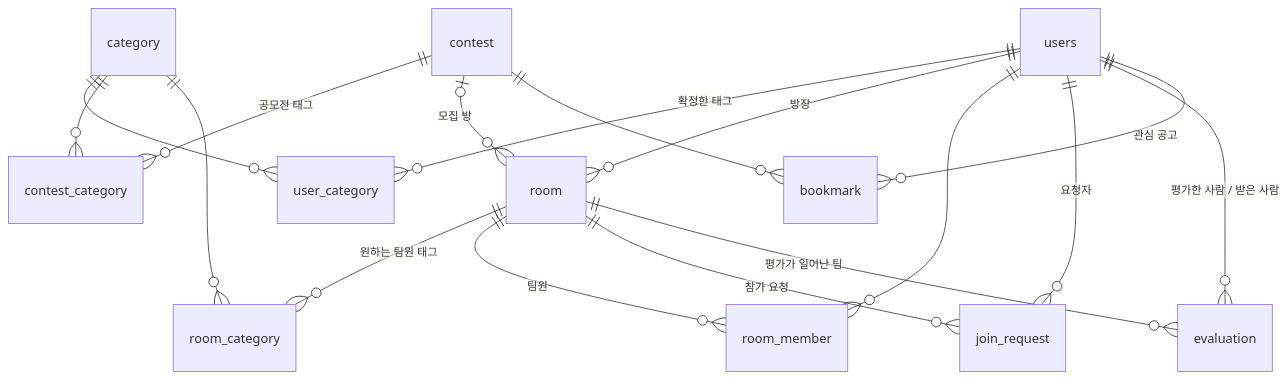
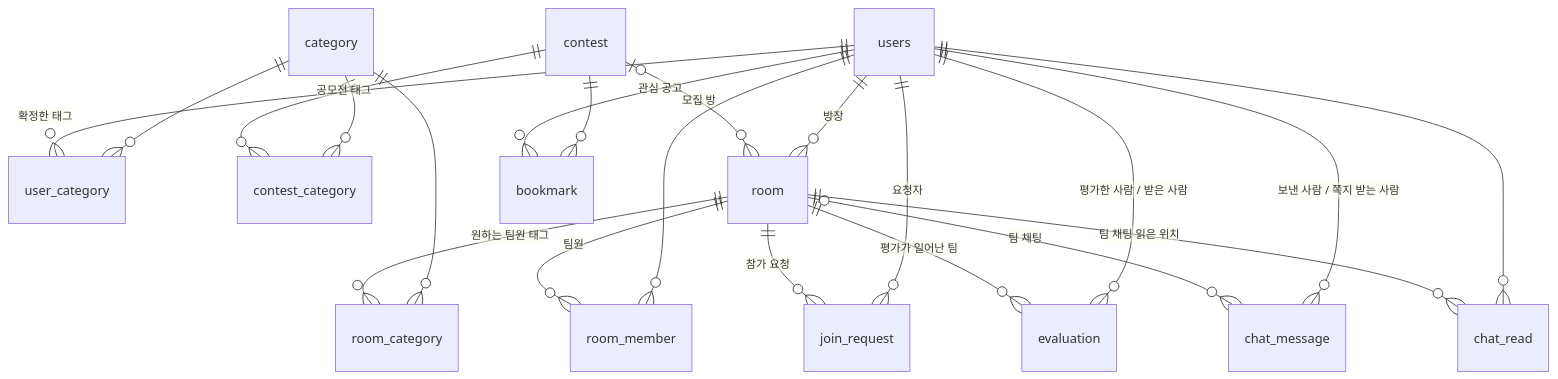
The diagram in docs/db-spec.md (Dohoon306/ET-gongmo), drawn with Mermaid before and after one commit. The commit also changed other lines of this file and 1 other file, not shown here.

First line of the commit message:
Document team chat and direct messages (C-8, C-9)

````diff
--- a/docs/db-spec.md
+++ b/docs/db-spec.md
@@ -9,19 +9,23 @@
 ```mermaid
 erDiagram
     users ||--o{ user_category : "확정한 태그"
     category ||--o{ user_category : ""
     contest ||--o{ contest_category : "공모전 태그"
     category ||--o{ contest_category : ""
     contest |o--o{ room : "모집 방"
     users ||--o{ room : "방장"
     room ||--o{ room_category : "원하는 팀원 태그"
     category ||--o{ room_category : ""
     room ||--o{ room_member : "팀원"
     users ||--o{ room_member : ""
     room ||--o{ join_request : "참가 요청"
     users ||--o{ join_request : "요청자"
     room ||--o{ evaluation : "평가가 일어난 팀"
     users ||--o{ evaluation : "평가한 사람 / 받은 사람"
     users ||--o{ bookmark : "관심 공고"
     contest ||--o{ bookmark : ""
+    room |o--o{ chat_message : "팀 채팅"
+    users ||--o{ chat_message : "보낸 사람 / 쪽지 받는 사람"
+    room ||--o{ chat_read : "팀 채팅 읽은 위치"
+    users ||--o{ chat_read : ""
 ```
````
